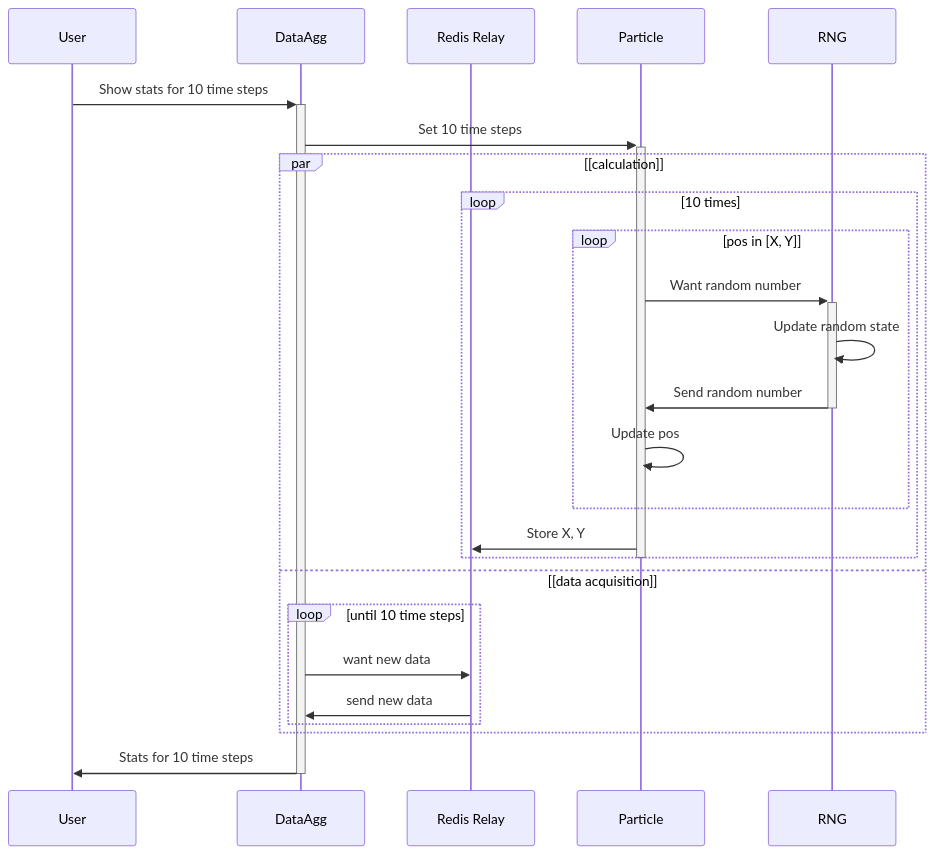
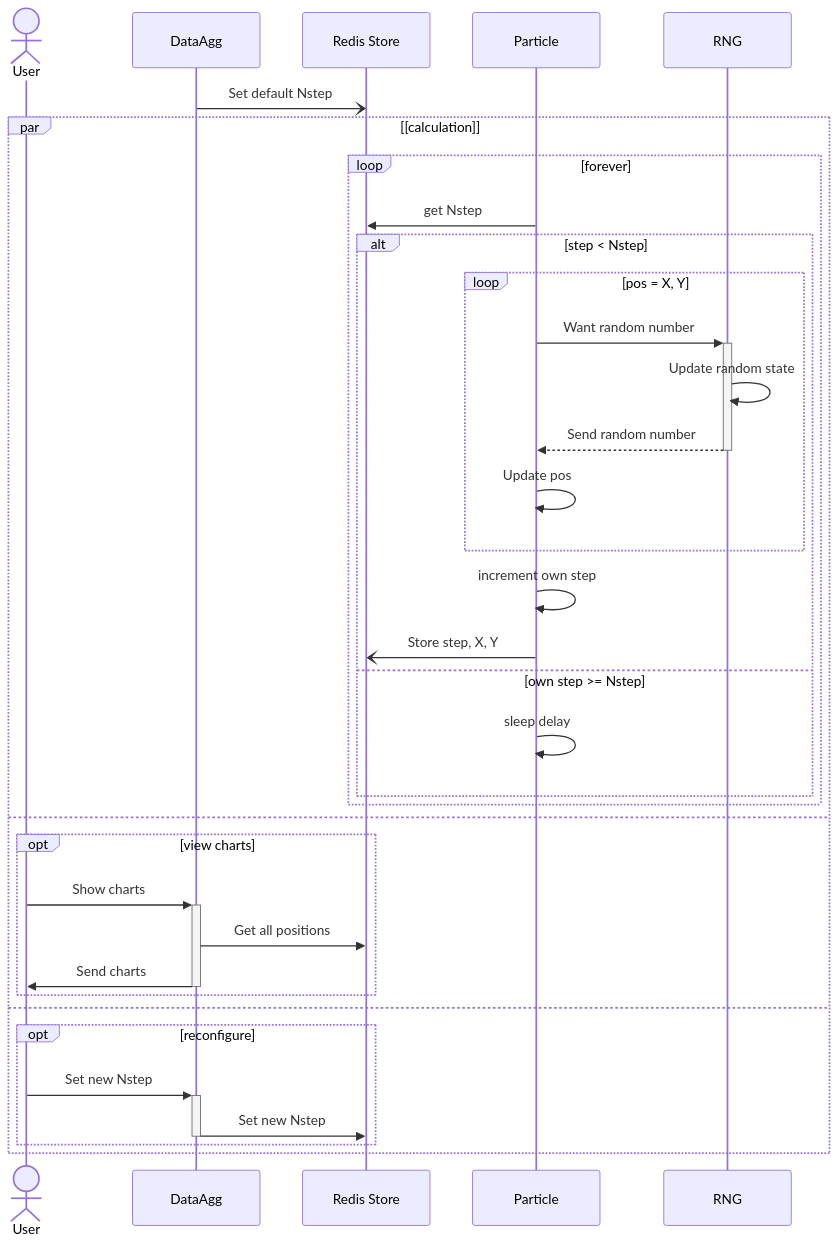
Before and after one commit to willirath/2022_reproducible_distributed_scientific_computing: the fifth of 5 diagrams in README.md, drawn with Mermaid. The commit also changed other lines of this file and 14 other files, not shown here.

First line of the commit message:
Update architecture (#1)

````diff
--- a/README.md
+++ b/README.md
@@ -112,40 +129,47 @@
 ```mermaid
 sequenceDiagram
-    participant U as User
+    actor U as User
     participant DA as DataAgg
-    participant RD as Redis Relay
+    participant RD as Redis Store
     participant P as Particle
     participant R as RNG
 
-    U->>+DA: Show stats for 10 time steps
-
-    DA->>+P: Set 10 time steps
+    DA-)RD: Set default Nstep
 
     par [calculation]
 
-        loop 10 times
-            loop pos in [X, Y]
-                P->>+R: Want random number
-                R->>R: Update random state
-                R->>-P: Send random number
-                P->>P: Update pos
-            end
+        loop forever
+            P->>RD: get Nstep
+            alt step < Nstep
+                loop pos = X, Y
+                    P->>+R: Want random number
+                    R->>R: Update random state
+                    R-->>-P: Send random number
+                    P->>P: Update pos
+                end
+                P->>P: increment own step
+                P-)RD: Store step, X, Y
+            else own step >= Nstep
+                P->>P: sleep delay
+            end            
             
-            P->>RD: Store X, Y
-
         end
         
-        deactivate P
+        %% deactivate P
     
-    and [data acquisition]
+    and
+        opt view charts
+            U->>+DA: Show charts
+            DA->>RD: Get all positions
+            DA->>-U: Send charts
+        end
 
-        loop until 10 time steps
-            DA->>RD: want new data
-            RD->>DA: send new data
+    and
+        opt reconfigure
+            U->>+DA: Set new Nstep
+            DA->>-RD: Set new Nstep
         end
-    
+
     end
 
-    DA->>-U: Stats for 10 time steps
-
 ```
````
